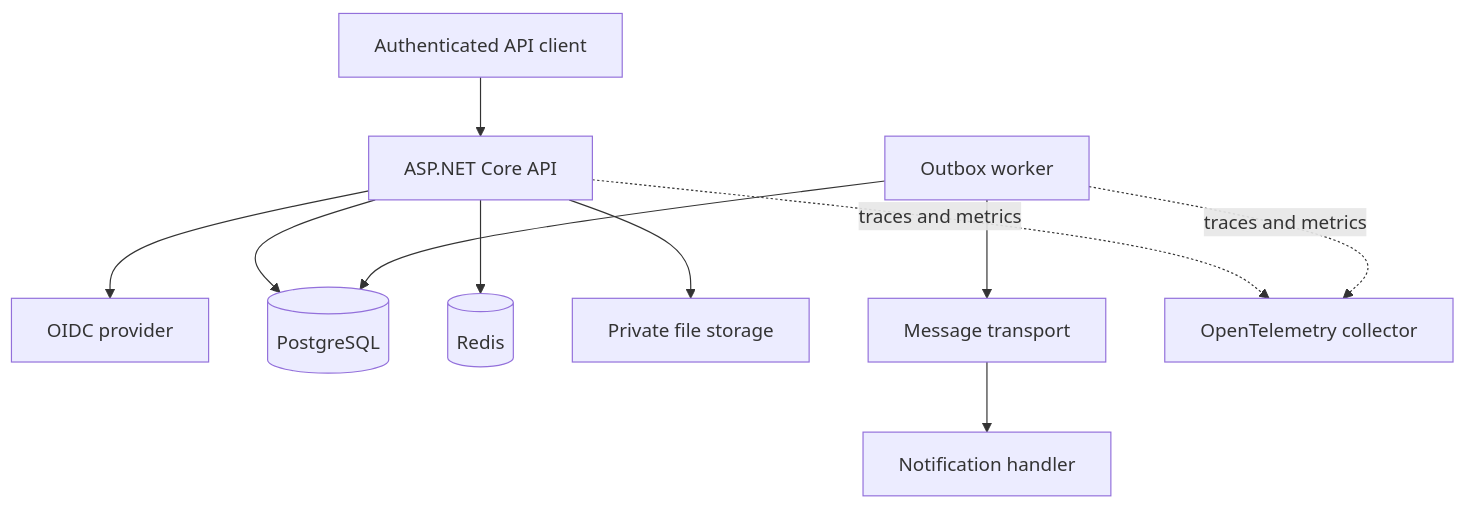
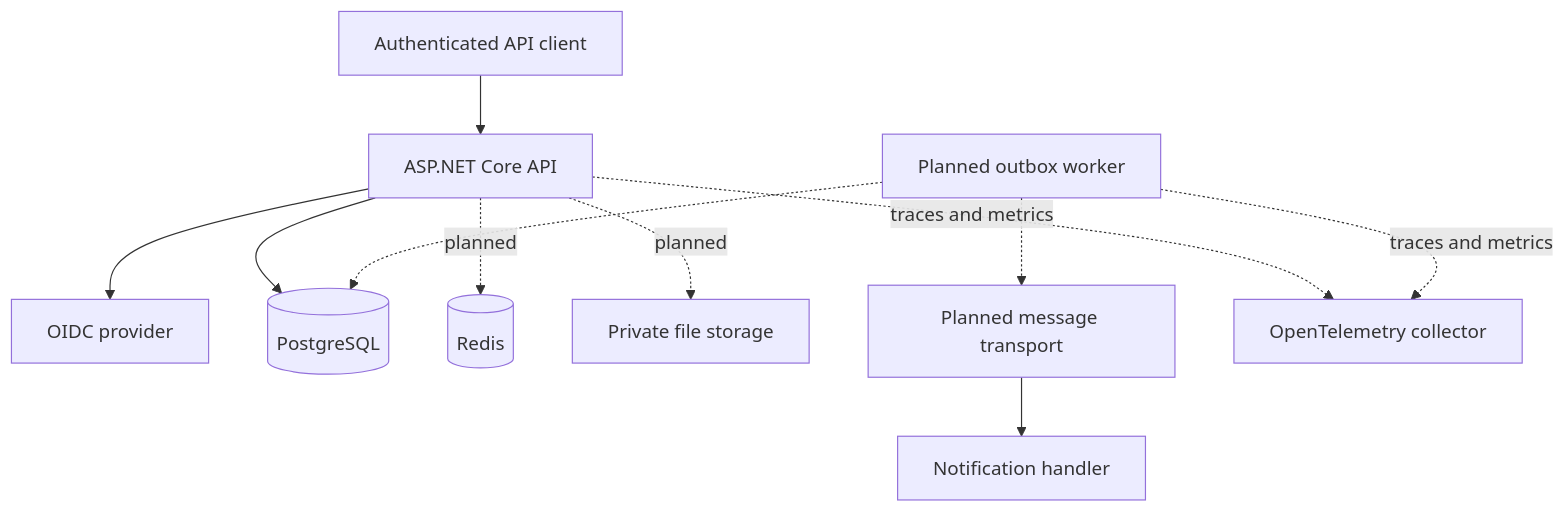
The first of 3 diagrams in docs/architecture.md (adnanjalloh/WorkOps.Platform), drawn with Mermaid before and after one commit. The commit also changed other lines of this file and 20 other files, not shown here.

````diff
--- a/docs/architecture.md
+++ b/docs/architecture.md
@@ -22,13 +24,13 @@
 ```mermaid
 flowchart TB
     User["Authenticated API client"] --> Api["ASP.NET Core API"]
     Api --> Oidc["OIDC provider"]
     Api --> Db[("PostgreSQL")]
-    Api --> Cache[("Redis")]
-    Api --> Files["Private file storage"]
-    Worker["Outbox worker"] --> Db
-    Worker --> Broker["Message transport"]
+    Api -. planned .-> Cache[("Redis")]
+    Api -. planned .-> Files["Private file storage"]
+    Worker["Planned outbox worker"] -.-> Db
+    Worker -.-> Broker["Planned message transport"]
     Broker --> Notifications["Notification handler"]
     Api -. traces and metrics .-> Telemetry["OpenTelemetry collector"]
     Worker -. traces and metrics .-> Telemetry
 ```
````
